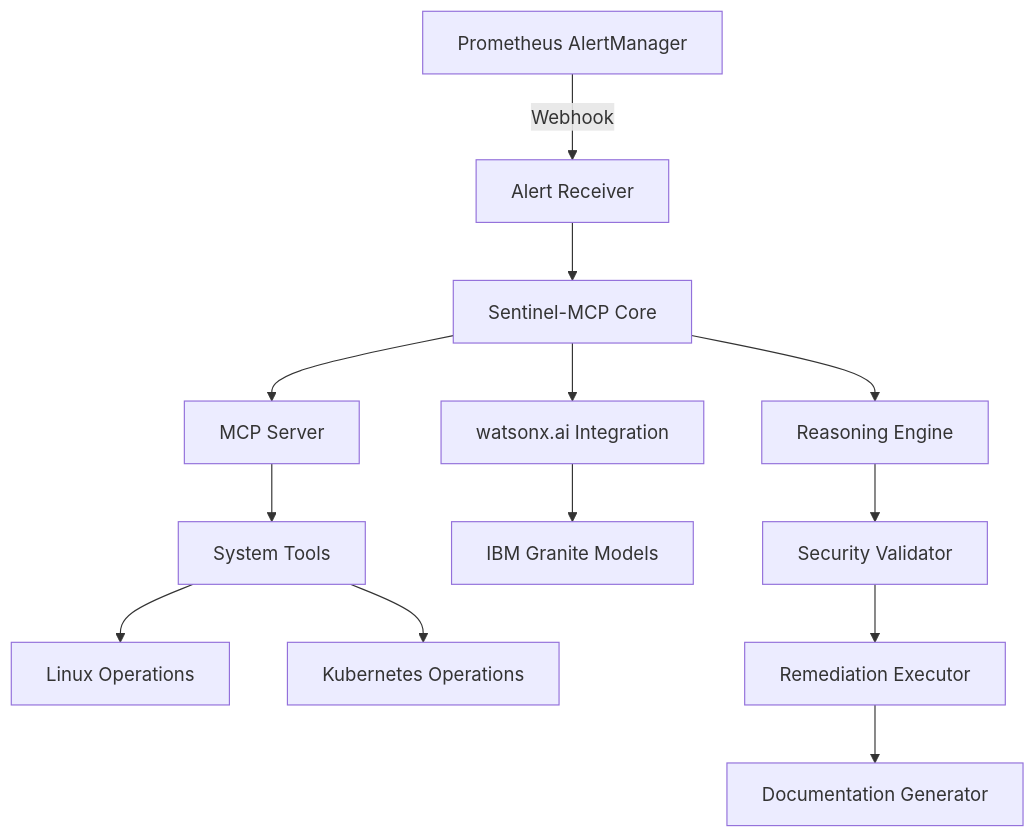
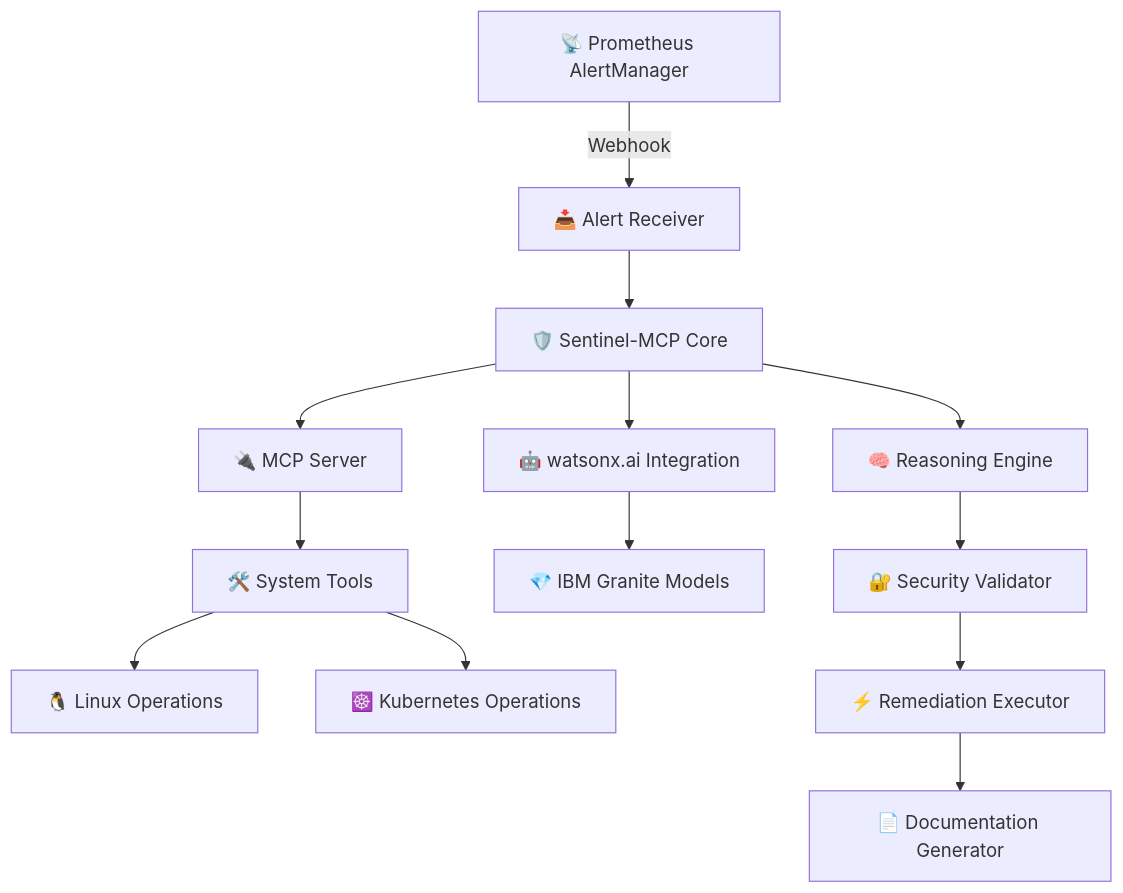
Before and after one commit to paulmmoore3416/Sentinel-MCP: the diagram in README.md, drawn with Mermaid. The commit also changed other lines of this file and 28 other files, not shown here.

First line of the commit message:
feat: Add 6 production-ready enhancements to Sentinel-MCP

````diff
--- a/README.md
+++ b/README.md
@@ -38,15 +92,15 @@
 ```mermaid
 graph TB
-    A[Prometheus AlertManager] -->|Webhook| B[Alert Receiver]
-    B --> C[Sentinel-MCP Core]
-    C --> D[MCP Server]
-    D --> E[System Tools]
-    E --> F[Linux Operations]
-    E --> G[Kubernetes Operations]
-    C --> H[watsonx.ai Integration]
-    H --> I[IBM Granite Models]
-    C --> J[Reasoning Engine]
-    J --> K[Security Validator]
-    K --> L[Remediation Executor]
-    L --> M[Documentation Generator]
+    A[📡 Prometheus AlertManager] -->|Webhook| B[📥 Alert Receiver]
+    B --> C[🛡️ Sentinel-MCP Core]
+    C --> D[🔌 MCP Server]
+    D --> E[🛠️ System Tools]
+    E --> F[🐧 Linux Operations]
+    E --> G[☸️ Kubernetes Operations]
+    C --> H[🤖 watsonx.ai Integration]
+    H --> I[💎 IBM Granite Models]
+    C --> J[🧠 Reasoning Engine]
+    J --> K[🔐 Security Validator]
+    K --> L[⚡ Remediation Executor]
+    L --> M[📄 Documentation Generator]
 ```
````
